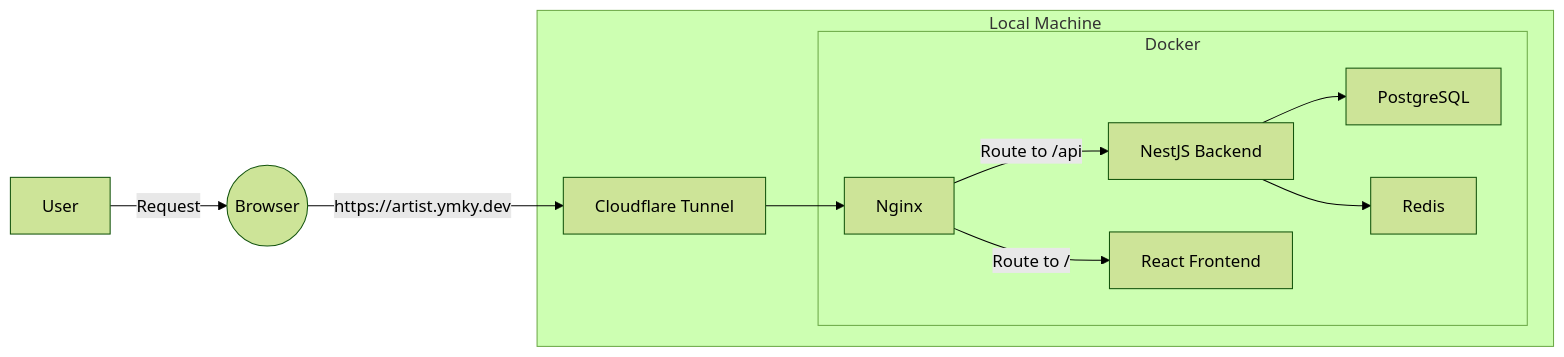
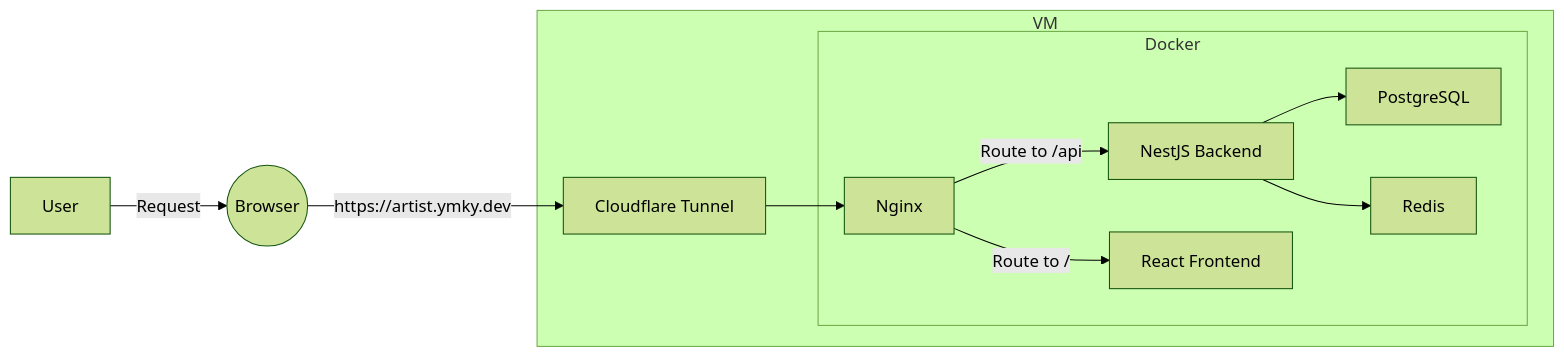
Before and after one commit to ih14c-13-14/infra: the diagram in localIntegrate/README.md, drawn with Mermaid (forest theme).

````diff
--- a/localIntegrate/README.md
+++ b/localIntegrate/README.md
@@ -15,19 +15,19 @@
 ```mermaid
 graph LR
 
 A[User] -->|Request| B((Browser))
 B -->|https://artist.ymky.dev| C[Cloudflare Tunnel]
 
-subgraph LocalMachine[Local Machine]
+subgraph VM[VM]
     C --> D[Nginx]
 
     subgraph Docker[Docker]
         D -->|Route to /api| E[NestJS Backend]
         D -->|Route to /| F[React Frontend]
 
         E --> G[PostgreSQL]
         E --> H[Redis]
     end
 end
 
 ```
````
